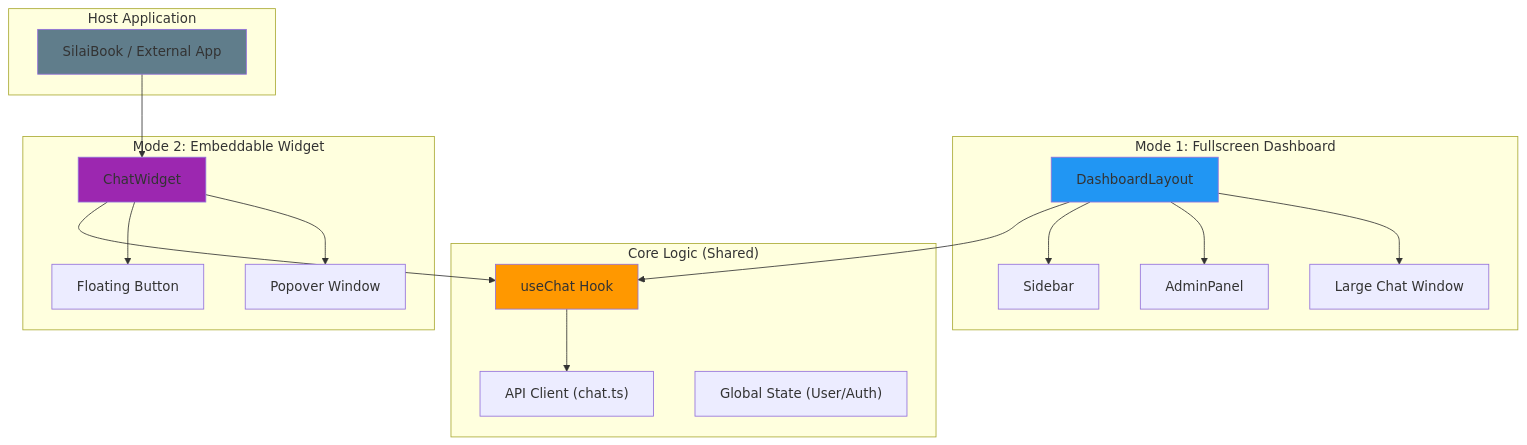
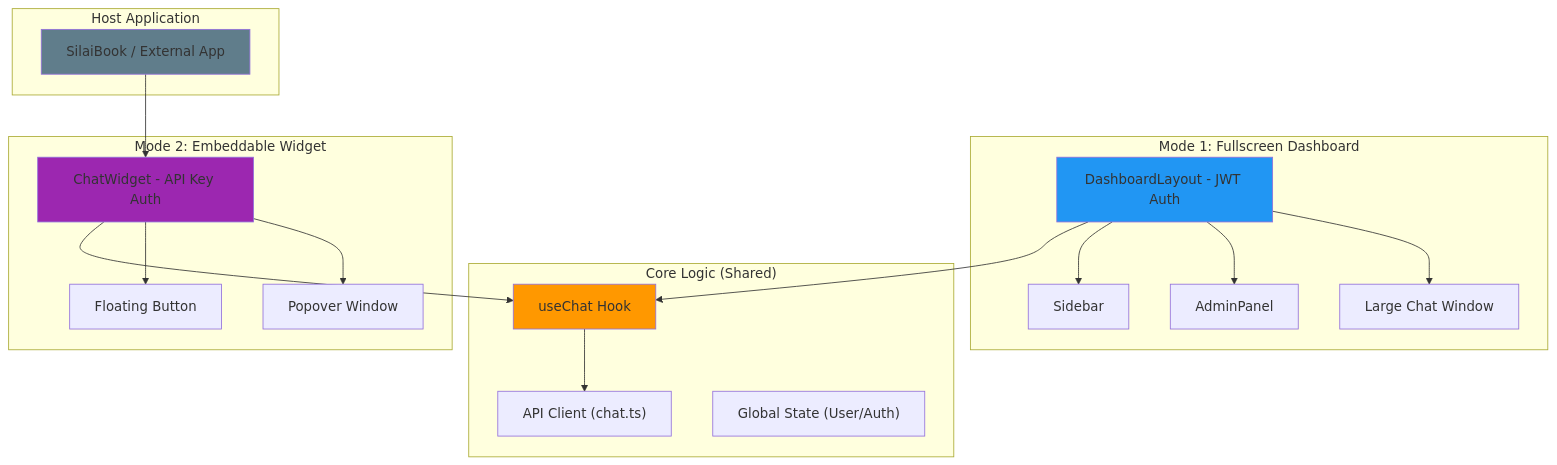
One commit to ShantanuV2709/CORPWISE changed diagram 17 of 18 in project_workflow.md. Above: the diagram before and after it, drawn with Mermaid. The commit also changed other lines of this file and 64 other files, not shown here.

````diff
--- a/project_workflow.md
+++ b/project_workflow.md
@@ -714,42 +710,42 @@
 ```mermaid
 graph TD
     subgraph "Core Logic (Shared)"
         A[useChat Hook]
         B["API Client (chat.ts)"]
         C["Global State (User/Auth)"]
     end
 
     subgraph "Mode 1: Fullscreen Dashboard"
-        D[DashboardLayout]
+        D[DashboardLayout - JWT Auth]
         E[Sidebar]
         F[AdminPanel]
         G[Large Chat Window]
     end
 
     subgraph "Mode 2: Embeddable Widget"
-        H[ChatWidget]
+        H[ChatWidget - API Key Auth]
         I[Floating Button]
         J[Popover Window]
     end
 
     subgraph "Host Application"
         K["SilaiBook / External App"]
     end
 
     D --> A
     H --> A
     A --> B
 
     D --> E
     D --> F
     D --> G
 
     K --> H
     H --> I
     H --> J
 
     style A fill:#FF9800
     style D fill:#2196F3
     style H fill:#9C27B0
     style K fill:#607D8B
 ```
````
